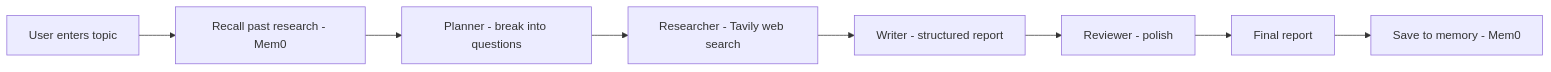
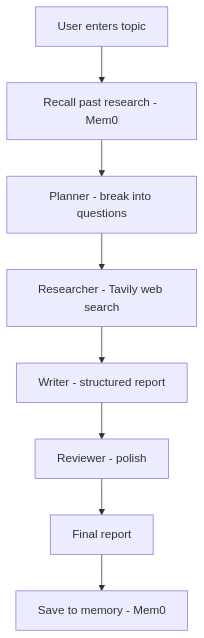
Before and after one commit to Murtaza-data/ai-research-assistant: the diagram in README.md, drawn with Mermaid.

````diff
--- a/README.md
+++ b/README.md
@@ -14,10 +14,10 @@
 ```mermaid
-flowchart LR
+flowchart TD
     U[User enters topic] --> MEM[Recall past research - Mem0]
     MEM --> P[Planner - break into questions]
     P --> R[Researcher - Tavily web search]
     R --> W[Writer - structured report]
     W --> RV[Reviewer - polish]
     RV --> OUT[Final report]
     OUT --> SAVE[Save to memory - Mem0]
 ```
````
